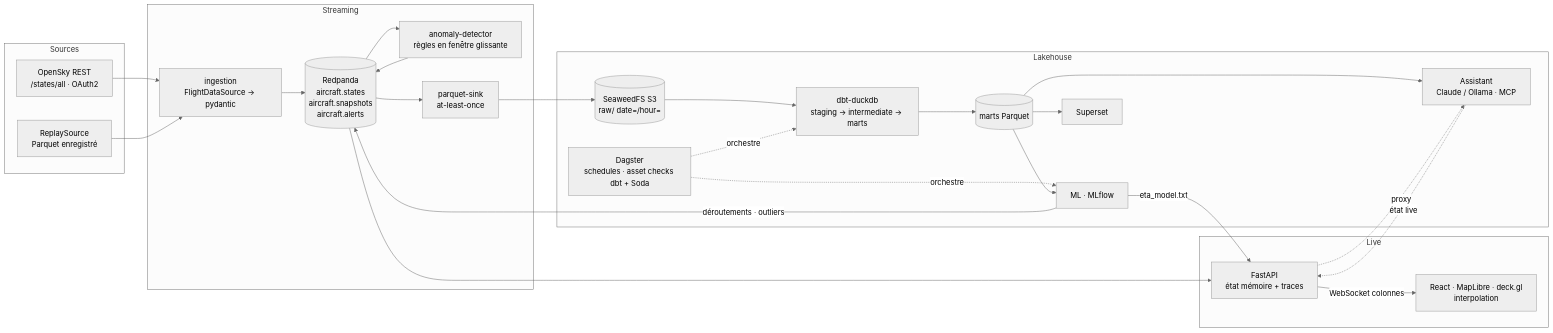
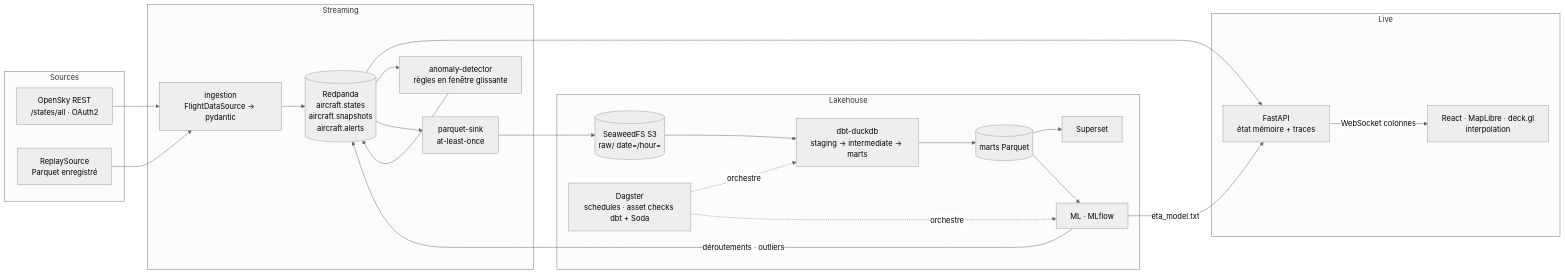
The diagram in docs/architecture.md (Oussama-essalehi/SkyPulse), drawn with Mermaid (neutral theme) before and after one commit. The commit also changed other lines of this file and 53 other files, not shown here.

````diff
--- a/docs/architecture.md
+++ b/docs/architecture.md
@@ -3,38 +3,35 @@
 ```mermaid
 flowchart LR
   subgraph Sources
     OS[OpenSky REST<br/>/states/all · OAuth2]
     RP[ReplaySource<br/>Parquet enregistré]
   end
   subgraph Streaming
     ING[ingestion<br/>FlightDataSource → pydantic]
     K[(Redpanda<br/>aircraft.states<br/>aircraft.snapshots<br/>aircraft.alerts)]
     AD[anomaly-detector<br/>règles en fenêtre glissante]
     SINK[parquet-sink<br/>at-least-once]
   end
   subgraph Live
     API[FastAPI<br/>état mémoire + traces]
     FE[React · MapLibre · deck.gl<br/>interpolation]
   end
   subgraph Lakehouse
     S3[(SeaweedFS S3<br/>raw/ date=/hour=)]
     DBT[dbt-duckdb<br/>staging → intermediate → marts]
     MARTS[(marts Parquet)]
     DAG[Dagster<br/>schedules · asset checks dbt + Soda]
     ML[ML · MLflow]
     SUP[Superset]
-    AST[Assistant<br/>Claude / Ollama · MCP]
   end
   OS --> ING
   RP --> ING
   ING --> K
   K --> API -- WebSocket colonnes --> FE
   K --> AD --> K
   K --> SINK --> S3 --> DBT --> MARTS
   DAG -. orchestre .-> DBT & ML
-  MARTS --> SUP & AST & ML
+  MARTS --> SUP & ML
   ML -- eta_model.txt --> API
   ML -- déroutements · outliers --> K
-  API -. proxy .-> AST
-  AST -. état live .-> API
 ```
````
